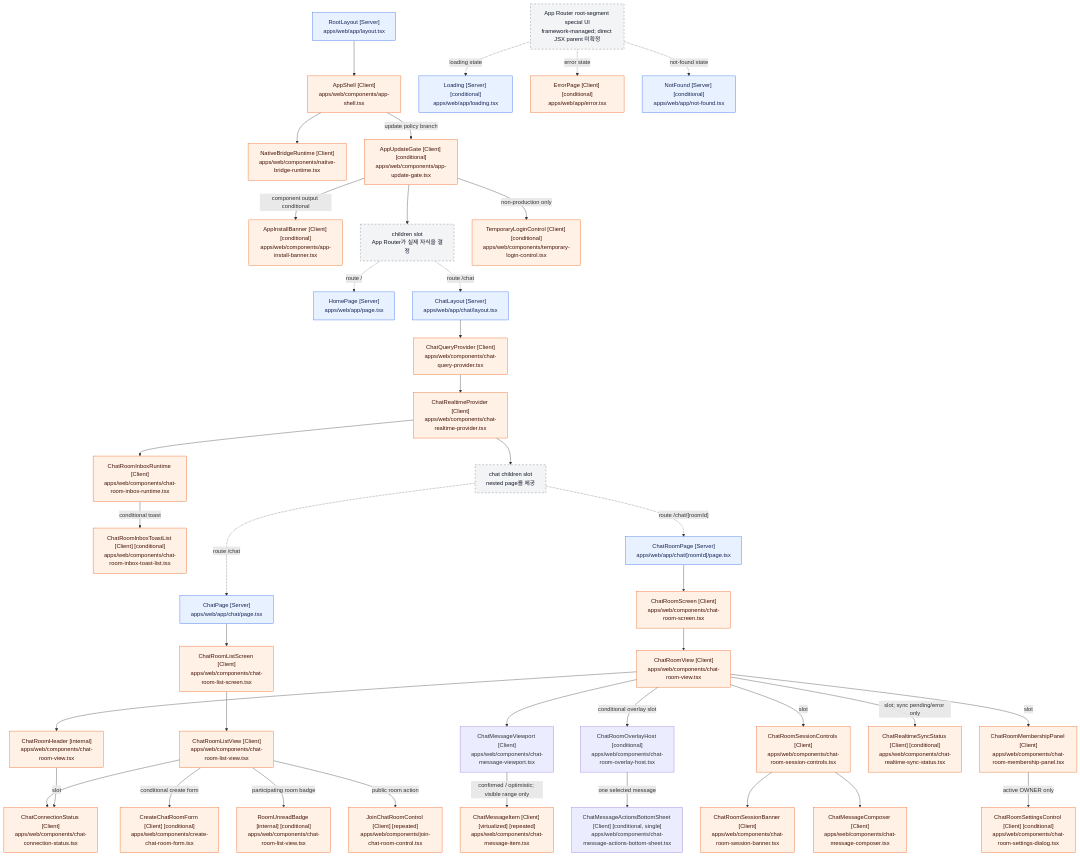
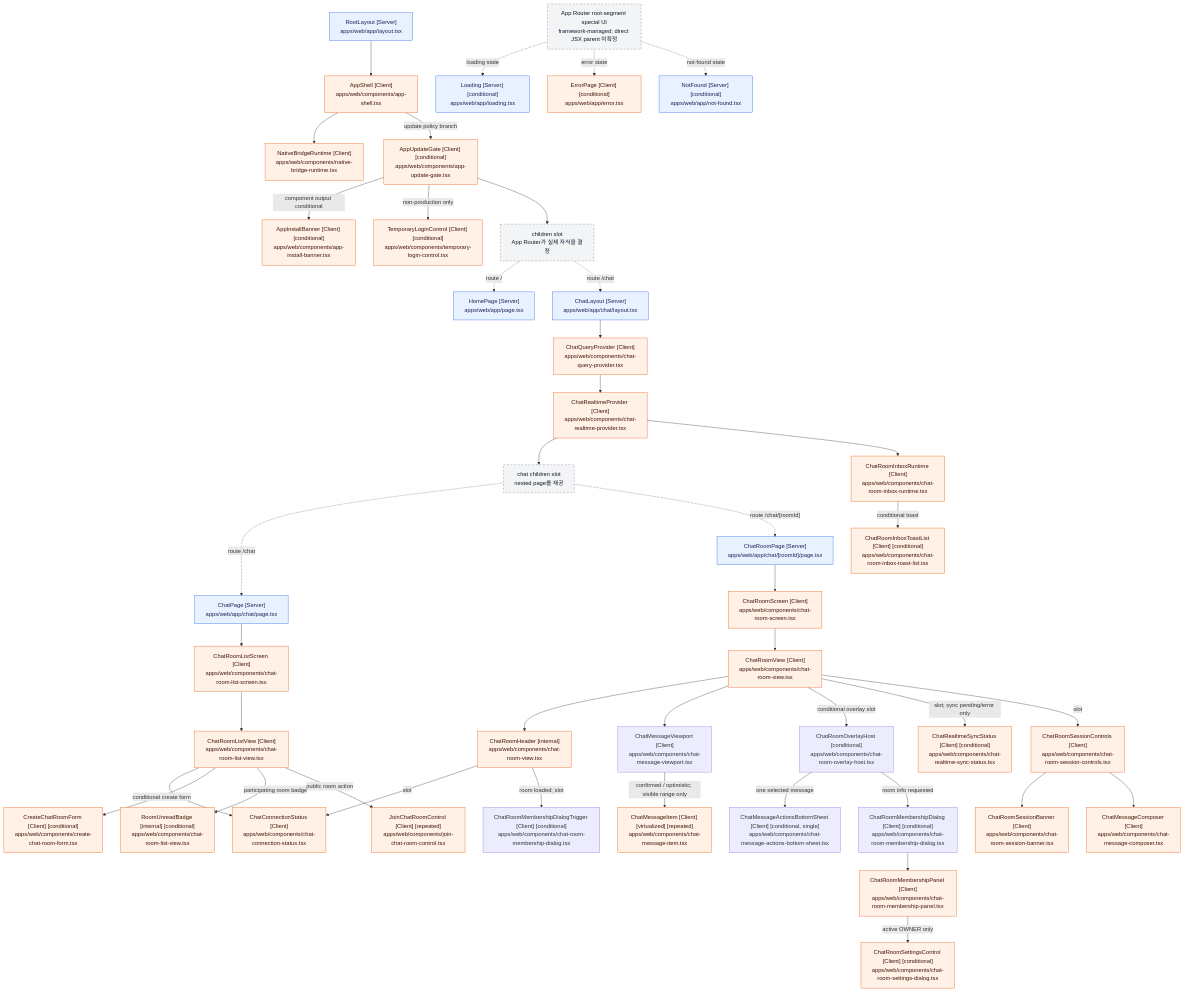
One commit to mokpombc17-coder/CIVIC-AI changed the diagram in docs/architecture/react-component-tree.md. Above: the diagram before and after it, drawn with Mermaid. The commit also changed other lines of this file and 8 other files, not shown here.

Commit message:
refactor(web): move room membership into dialog

```diff
--- a/docs/architecture/react-component-tree.md
+++ b/docs/architecture/react-component-tree.md
@@ -154,10 +159,12 @@
     ChatRoomScreen["ChatRoomScreen [Client]<br/>apps/web/components/chat-room-screen.tsx"]
     ChatRoomView["ChatRoomView [Client]<br/>apps/web/components/chat-room-view.tsx"]
     ChatRoomHeader["ChatRoomHeader [internal]<br/>apps/web/components/chat-room-view.tsx"]
+    ChatRoomMembershipDialogTrigger["ChatRoomMembershipDialogTrigger [Client] [conditional]<br/>apps/web/components/chat-room-membership-dialog.tsx"]
     ChatMessageViewport["ChatMessageViewport [Client]<br/>apps/web/components/chat-message-viewport.tsx"]
     ChatMessageItem["ChatMessageItem [Client] [virtualized] [repeated]<br/>apps/web/components/chat-message-item.tsx"]
     ChatRoomOverlayHost["ChatRoomOverlayHost [conditional]<br/>apps/web/components/chat-room-overlay-host.tsx"]
     ChatMessageActionsBottomSheet["ChatMessageActionsBottomSheet [Client] [conditional, single]<br/>apps/web/components/chat-message-actions-bottom-sheet.tsx"]
+    ChatRoomMembershipDialog["ChatRoomMembershipDialog [Client] [conditional]<br/>apps/web/components/chat-room-membership-dialog.tsx"]
     ChatRoomMembershipPanel["ChatRoomMembershipPanel [Client]<br/>apps/web/components/chat-room-membership-panel.tsx"]
     ChatRoomSettingsControl["ChatRoomSettingsControl [Client] [conditional]<br/>apps/web/components/chat-room-settings-dialog.tsx"]
     ChatConnectionStatus["ChatConnectionStatus [Client]<br/>apps/web/components/chat-connection-status.tsx"]
@@ -198,15 +205,17 @@
     ChatRoomScreen --> ChatRoomView
     ChatRoomView --> ChatRoomHeader
     ChatRoomHeader -->|"slot"| ChatConnectionStatus
+    ChatRoomHeader -->|"room loaded; slot"| ChatRoomMembershipDialogTrigger
     ChatRoomView --> ChatMessageViewport
     ChatMessageViewport -->|"confirmed / optimistic; visible range only"| ChatMessageItem
     ChatRoomView -->|"conditional overlay slot"| ChatRoomOverlayHost
     ChatRoomOverlayHost -->|"one selected message"| ChatMessageActionsBottomSheet
+    ChatRoomOverlayHost -->|"room info requested"| ChatRoomMembershipDialog
+    ChatRoomMembershipDialog --> ChatRoomMembershipPanel
     ChatRoomView -->|"slot; sync pending/error only"| ChatRealtimeSyncStatus
     ChatRoomView -->|"slot"| ChatRoomSessionControls
     ChatRoomSessionControls --> ChatRoomSessionBanner
     ChatRoomSessionControls --> ChatMessageComposer
-    ChatRoomView -->|"slot"| ChatRoomMembershipPanel
     ChatRoomMembershipPanel -->|"active OWNER only"| ChatRoomSettingsControl
 
     SpecialBoundary -. "loading state" .-> Loading
```
